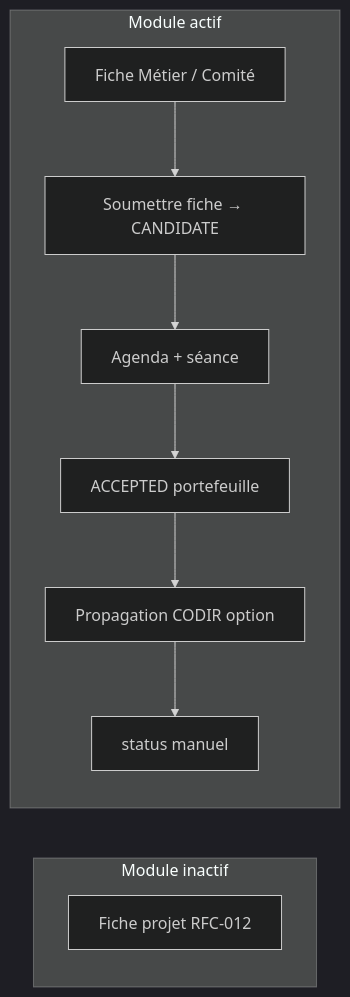
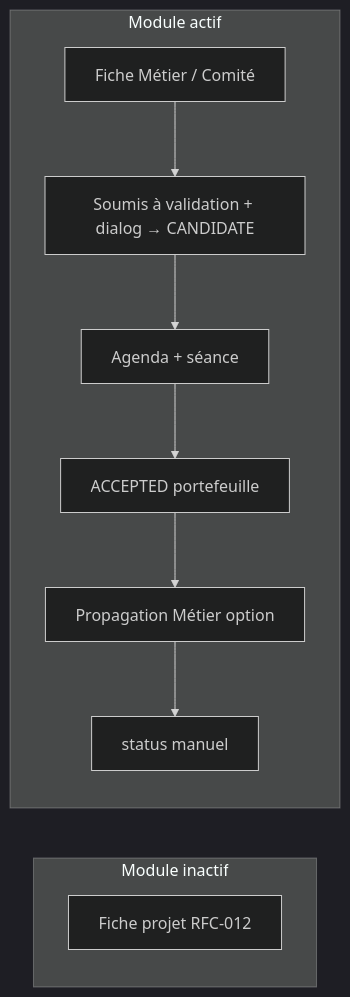
Before and after one commit to StephaneAtlani/starium-Orchestra: the fifth of 5 diagrams in docs/RFC/RFC-PROJ-CYCLE-003 — Governance Cycle Instances and Configurable Propagation.md, drawn with Mermaid (dark theme). The commit also changed other lines of this file and 27 other files, not shown here.

````diff
--- a/docs/RFC/RFC-PROJ-CYCLE-003 — Governance Cycle Instances and Configurable Propagation.md
+++ b/docs/RFC/RFC-PROJ-CYCLE-003 — Governance Cycle Instances and Configurable Propagation.md
@@ -1135,18 +1142,18 @@
 ```mermaid
 flowchart LR
   subgraph inactive [Module inactif]
     F0[Fiche projet RFC-012]
   end
 
   subgraph active [Module actif]
-    C0[Soumettre fiche → CANDIDATE]
+    C0[Soumis à validation + dialog → CANDIDATE]
     B0[Fiche Métier / Comité]
     A0[Agenda + séance]
     A1[ACCEPTED portefeuille]
-    P0[Propagation CODIR option]
+    P0[Propagation Métier option]
     E0[status manuel]
   end
 
   F0
   B0 --> C0 --> A0 --> A1 --> P0 --> E0
 ```
````
